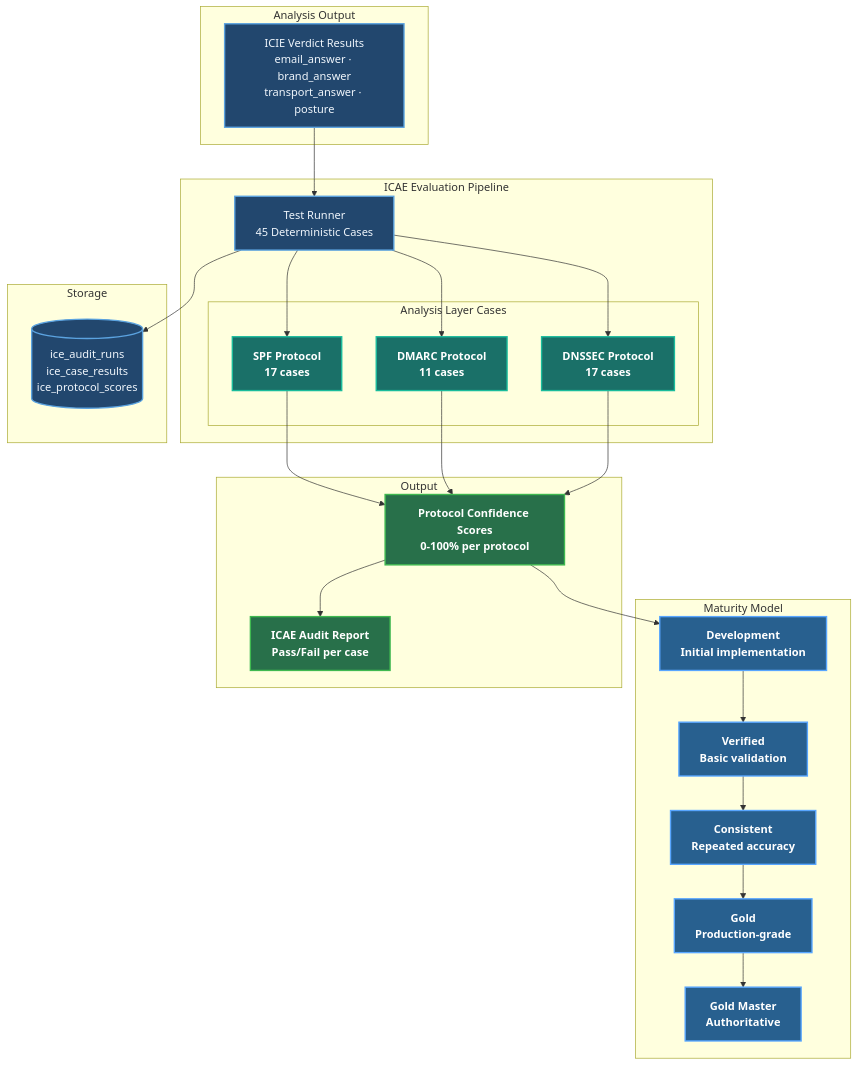
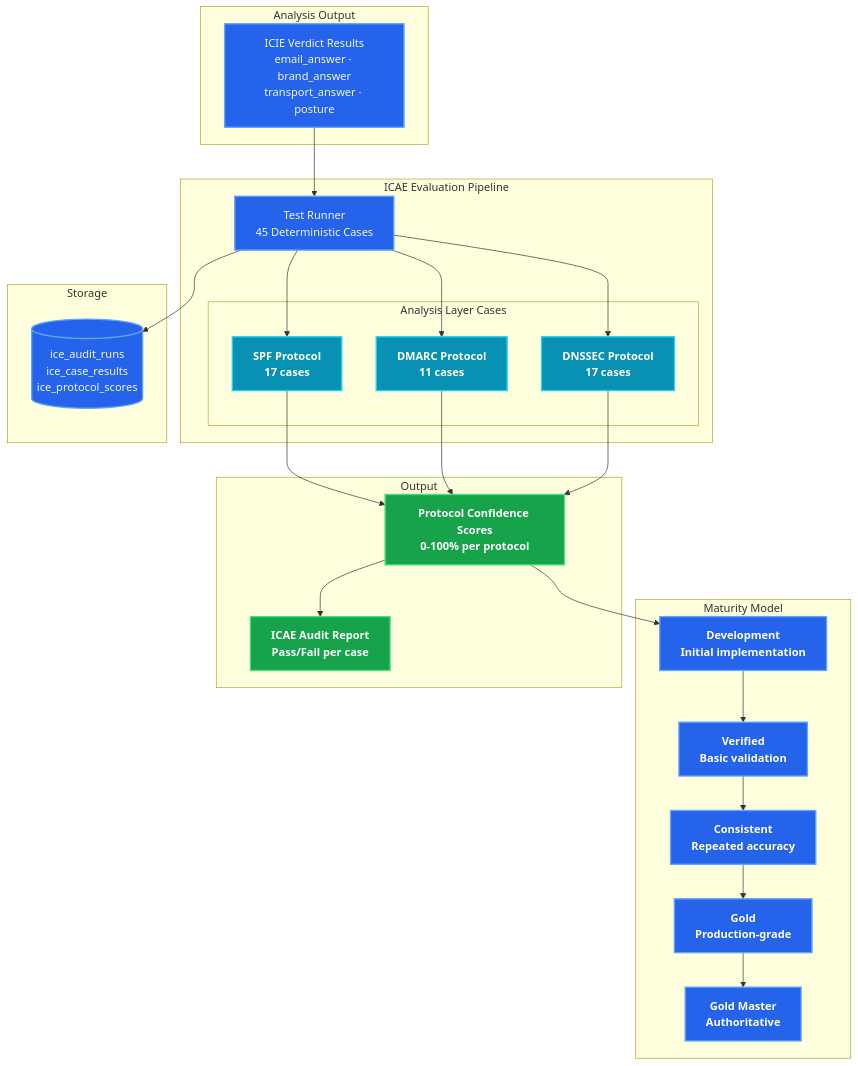
Before and after one commit to careyjames/DnsToolWeb: the third of 7 diagrams in docs/architecture/SYSTEM_ARCHITECTURE.md, drawn with Mermaid. The commit also changed other lines of this file and 1 other file, not shown here.

First line of the commit message:
Improve diagram colors and visibility by adjusting styling and scripts

````diff
--- a/docs/architecture/SYSTEM_ARCHITECTURE.md
+++ b/docs/architecture/SYSTEM_ARCHITECTURE.md
@@ -150,48 +150,48 @@
 ```mermaid
 graph TB
     subgraph "Analysis Output"
         Verdicts["ICIE Verdict Results<br/>email_answer · brand_answer<br/>transport_answer · posture"]
     end
 
     subgraph "ICAE Evaluation Pipeline"
         Runner["Test Runner<br/>45 Deterministic Cases"]
         
         subgraph "Analysis Layer Cases"
             SPFCases["SPF Protocol<br/>17 cases"]
             DMARCCases["DMARC Protocol<br/>11 cases"]
             DNSSECCases["DNSSEC Protocol<br/>17 cases"]
         end
     end
 
     subgraph "Maturity Model"
         Dev["Development<br/>Initial implementation"]
         Verified["Verified<br/>Basic validation"]
         Consistent["Consistent<br/>Repeated accuracy"]
         Gold["Gold<br/>Production-grade"]
         Master["Gold Master<br/>Authoritative"]
     end
 
     subgraph "Storage"
         DB[("ice_audit_runs<br/>ice_case_results<br/>ice_protocol_scores")]
     end
 
     subgraph "Output"
         Scores["Protocol Confidence Scores<br/>0-100% per protocol"]
         Report["ICAE Audit Report<br/>Pass/Fail per case"]
     end
 
     Verdicts --> Runner
     Runner --> SPFCases & DMARCCases & DNSSECCases
     SPFCases & DMARCCases & DNSSECCases --> Scores
     Scores --> Dev --> Verified --> Consistent --> Gold --> Master
     Runner --> DB
     Scores --> Report
 
-    classDef default fill:#22476e,stroke:#5ba3e0,stroke-width:2px,color:#f0f6fc
-    classDef maturity fill:#28608f,stroke:#58a6ff,stroke-width:2px,color:#fff,font-weight:bold
-    classDef cases fill:#1a7068,stroke:#1abc9c,stroke-width:2px,color:#fff,font-weight:bold
-    classDef output fill:#28704a,stroke:#3fb950,stroke-width:2px,color:#fff,font-weight:bold
+    classDef default fill:#2563eb,stroke:#60a5fa,stroke-width:2px,color:#f0f6fc
+    classDef maturity fill:#2563eb,stroke:#60a5fa,stroke-width:2px,color:#fff,font-weight:bold
+    classDef cases fill:#0891b2,stroke:#22d3ee,stroke-width:2px,color:#fff,font-weight:bold
+    classDef output fill:#16a34a,stroke:#4ade80,stroke-width:2px,color:#fff,font-weight:bold
     class Dev,Verified,Consistent,Gold,Master maturity
     class SPFCases,DMARCCases,DNSSECCases cases
     class Scores,Report output
 ```
````
